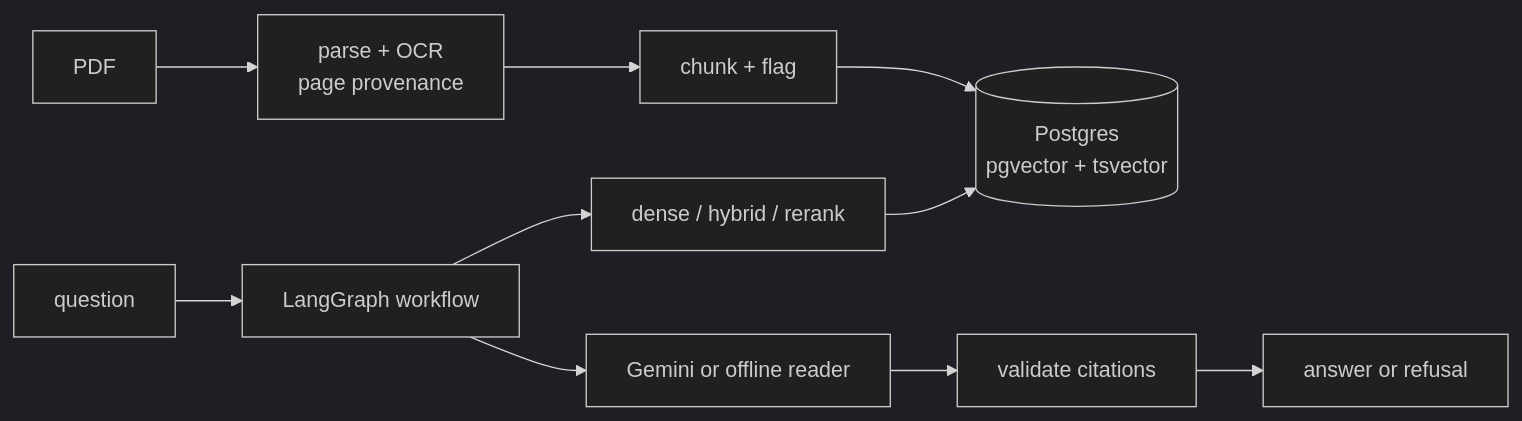
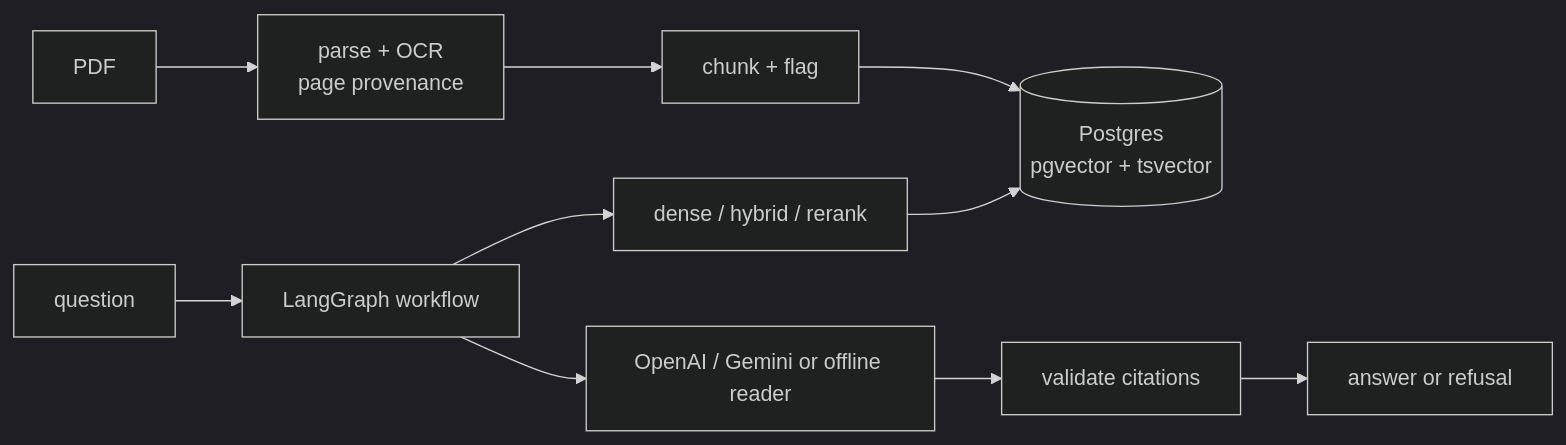
Before and after one commit to yashala/intelli-doc: the diagram in README.md, drawn with Mermaid (dark theme). The commit also changed other lines of this file and 6 other files, not shown here.

````diff
--- a/README.md
+++ b/README.md
@@ -65,6 +66,6 @@
 ```mermaid
 flowchart LR
     PDF[PDF] --> PARSE[parse + OCR<br/>page provenance] --> CHUNK[chunk + flag] --> PG[(Postgres<br/>pgvector + tsvector)]
     Q[question] --> WF[LangGraph workflow] --> RET[dense / hybrid / rerank] --> PG
-    WF --> LLM[Gemini or offline reader] --> CITE[validate citations] --> A[answer or refusal]
+    WF --> LLM[OpenAI / Gemini or offline reader] --> CITE[validate citations] --> A[answer or refusal]
 ```
````
